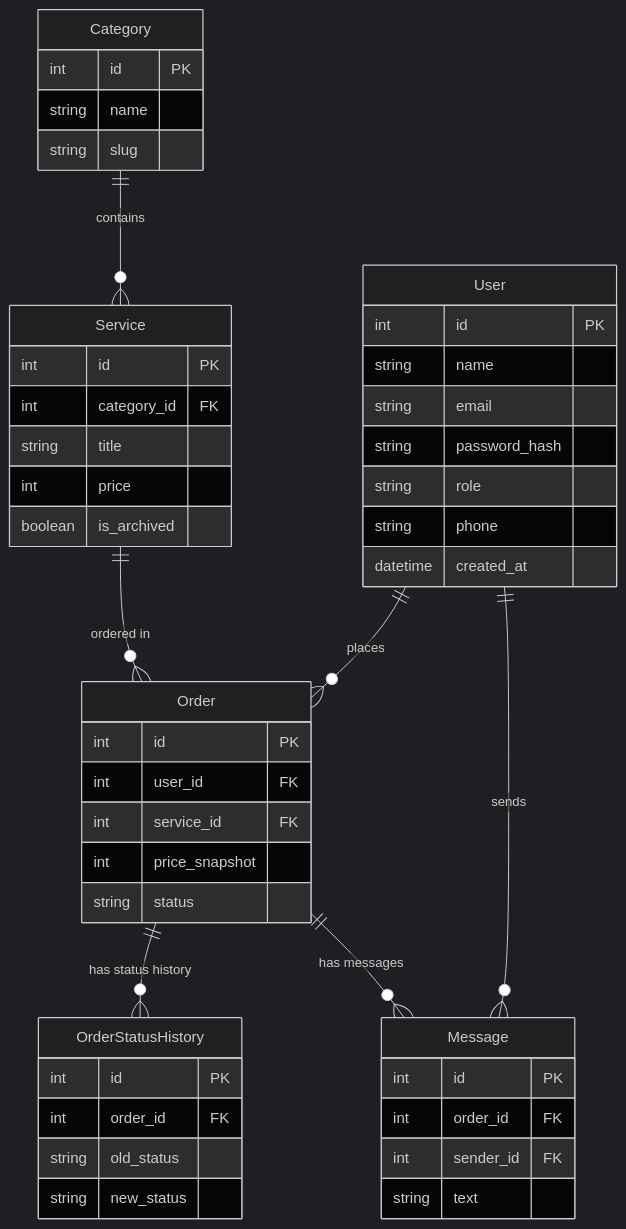
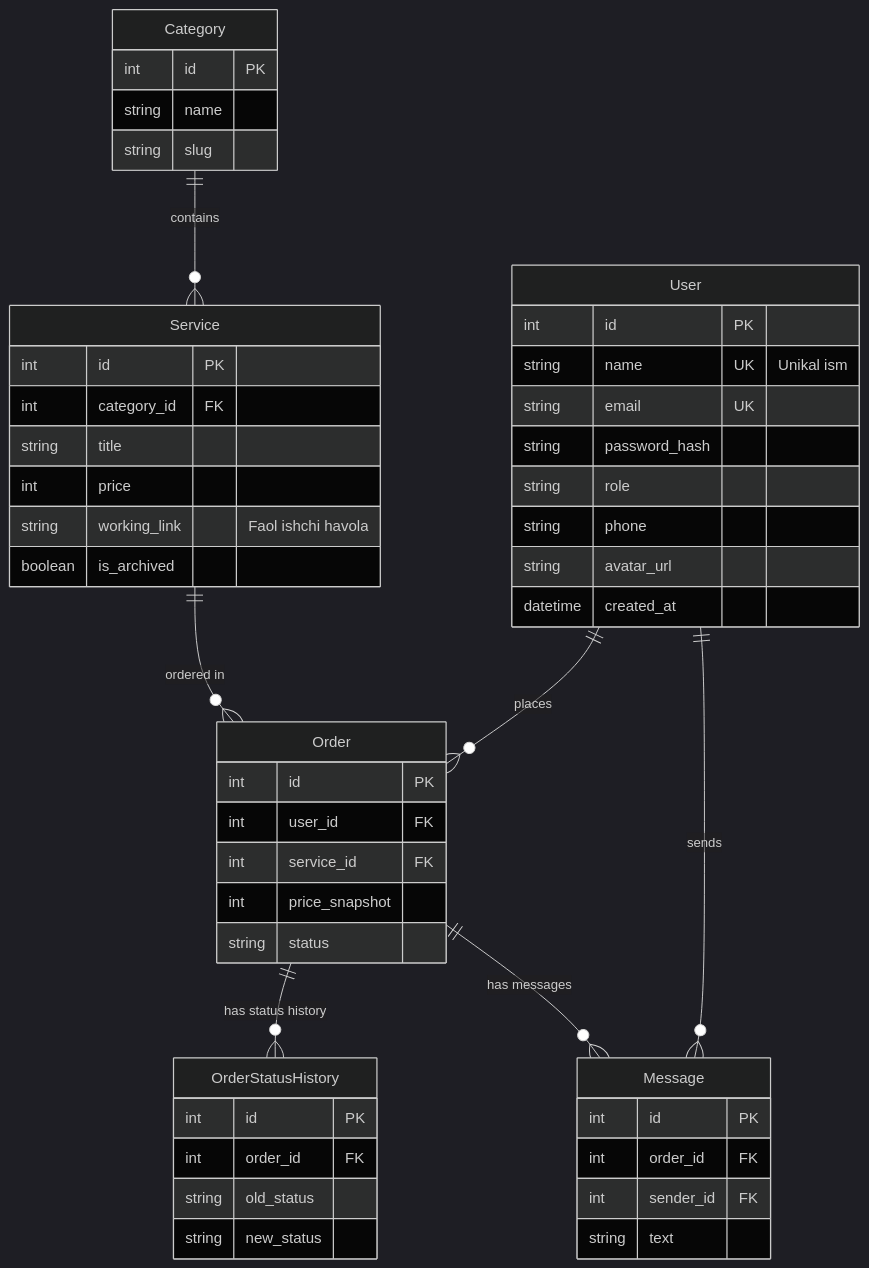
One commit to rahmonaliyevfazliddin5-oss/falcon-services changed the diagram in README.md. Above: the diagram before and after it, drawn with Mermaid (dark theme). The commit also changed 16 other files, not shown here.

Commit message:
feat: implement multi-language, profanity filter, unique name, circular avatar upload, dark mode, and working links

````diff
--- a/README.md
+++ b/README.md
@@ -15,49 +15,51 @@
 ```mermaid
 erDiagram
     User ||--o{ Order : "places"
     User ||--o{ Message : "sends"
     Category ||--o{ Service : "contains"
     Service ||--o{ Order : "ordered in"
     Order ||--o{ OrderStatusHistory : "has status history"
     Order ||--o{ Message : "has messages"
     User {
         int id PK
-        string name
-        string email
+        string name UK "Unikal ism"
+        string email UK
         string password_hash
         string role
         string phone
+        string avatar_url
         datetime created_at
     }
     Category {
         int id PK
         string name
         string slug
     }
     Service {
         int id PK
         int category_id FK
         string title
         int price
+        string working_link "Faol ishchi havola"
         boolean is_archived
     }
     Order {
         int id PK
         int user_id FK
         int service_id FK
         int price_snapshot
         string status
     }
     OrderStatusHistory {
         int id PK
         int order_id FK
         string old_status
         string new_status
     }
     Message {
         int id PK
         int order_id FK
         int sender_id FK
         string text
     }
 ```
````
